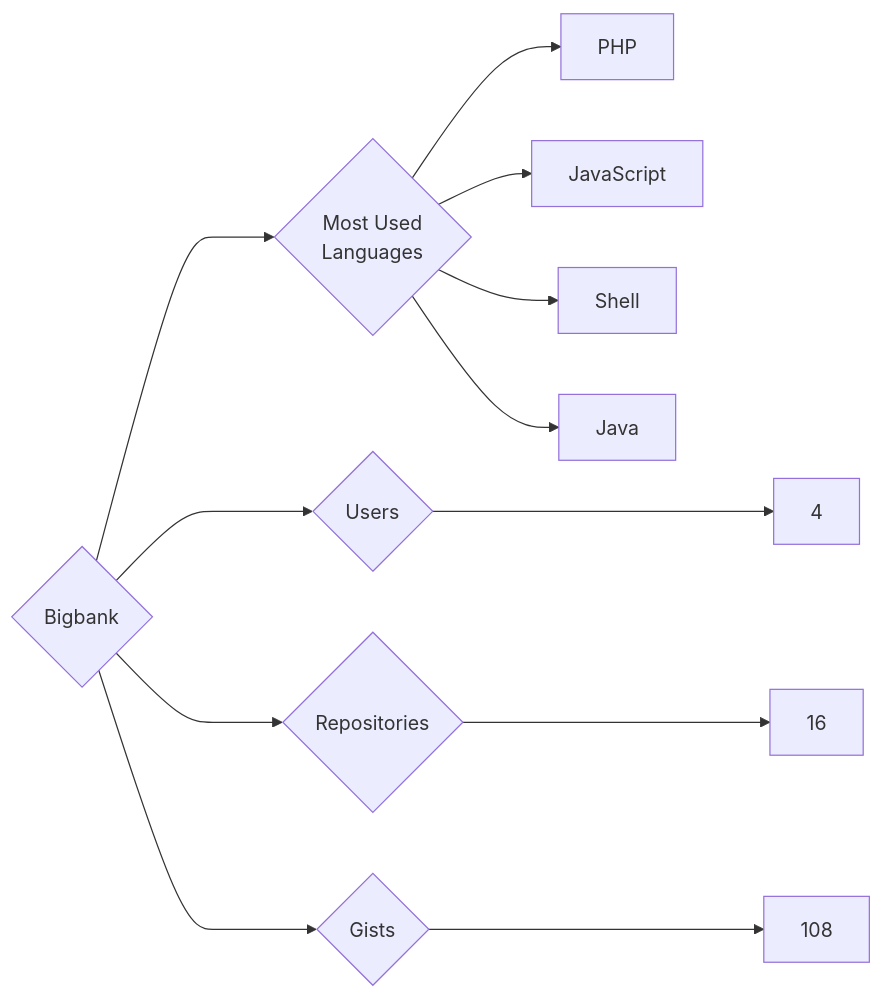
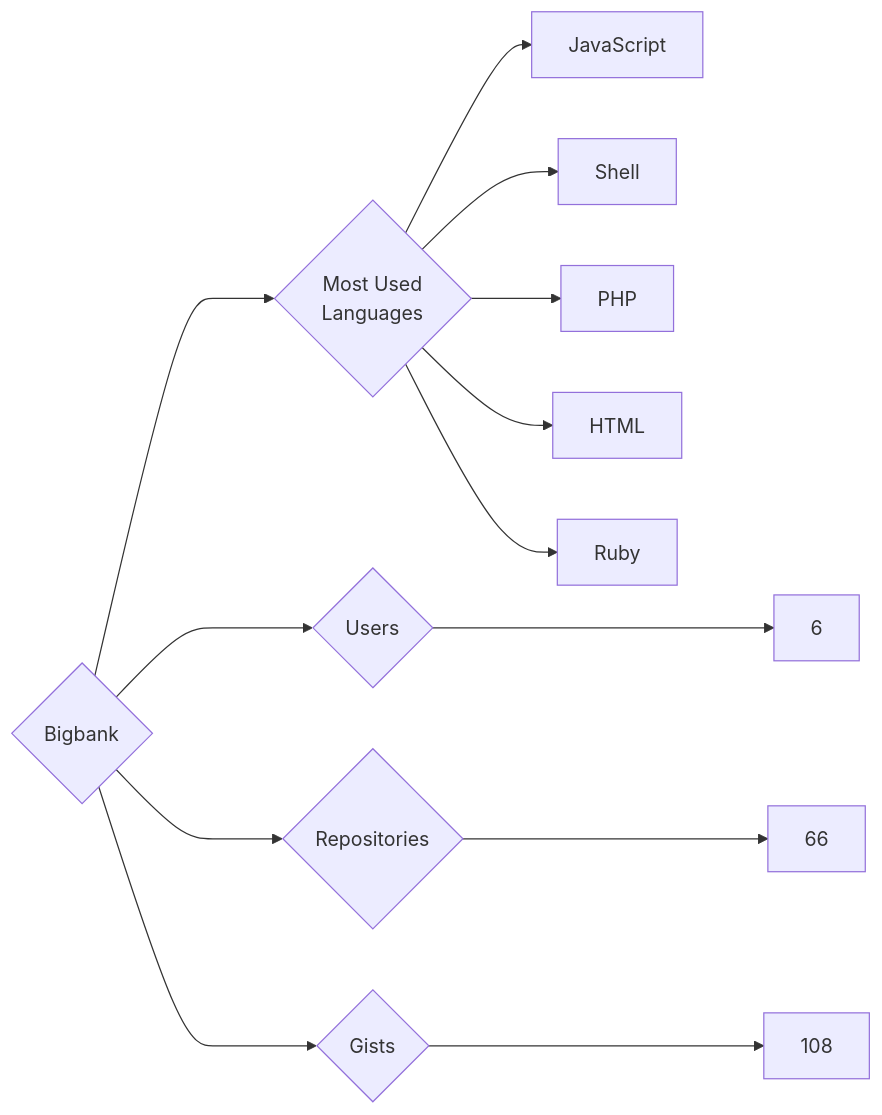
One commit to trickest/insiders changed the diagram in targets/Bigbank/README.md. Above: the diagram before and after it, drawn with Mermaid. The commit also changed 749 other files, not shown here.

````diff
--- a/targets/Bigbank/README.md
+++ b/targets/Bigbank/README.md
@@ -3,12 +3,13 @@
 ```mermaid
 graph LR
 COMPANY_NAME{Bigbank}
-COMPANY_NAME ---> U{Users} ---> UN[4]
-COMPANY_NAME ---> R{Repositories} ---> RN[16]
+COMPANY_NAME ---> U{Users} ---> UN[6]
+COMPANY_NAME ---> R{Repositories} ---> RN[66]
 COMPANY_NAME ---> G{Gists} ---> GN[108]
 COMPANY_NAME ---> ML{Most Used<br>Languages}
-ML --> PHP[PHP]
 ML --> JavaScript[JavaScript]
 ML --> Shell[Shell]
-ML --> Java[Java]
+ML --> PHP[PHP]
+ML --> HTML[HTML]
+ML --> Ruby[Ruby]
 ```
````
